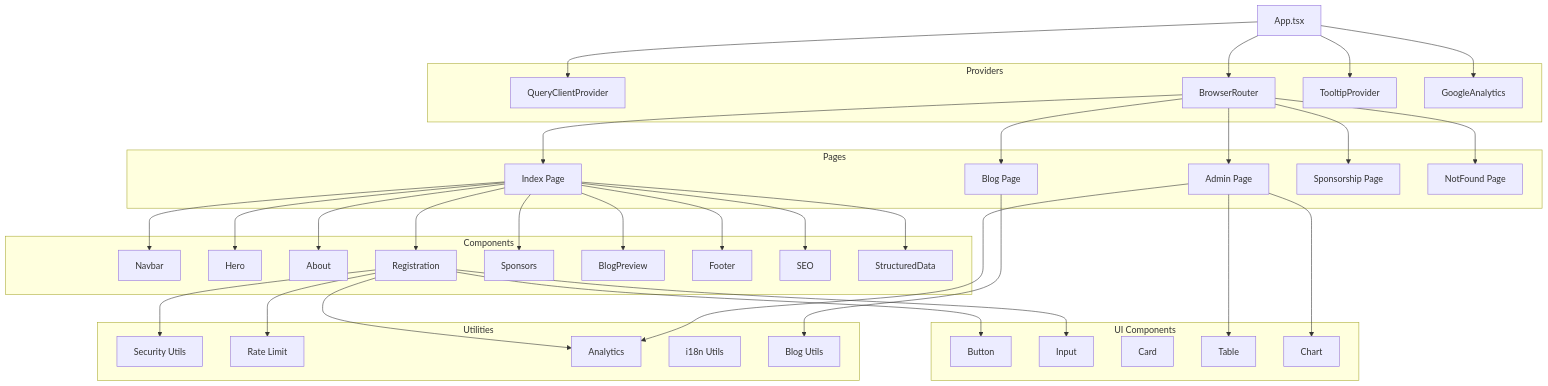
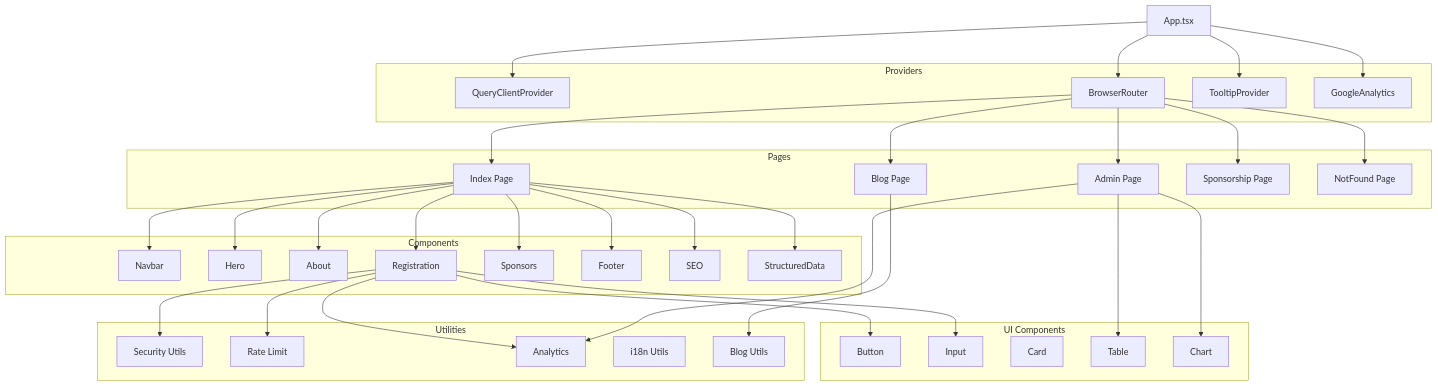
One commit to katekuehl/jengahacks changed the second of 27 diagrams in ARCHITECTURE.md. Above: the diagram before and after it, drawn with Mermaid. The commit also changed other lines of this file, not shown here.

Commit message:
Remove BlogPreview references from architecture documentation

````diff
--- a/ARCHITECTURE.md
+++ b/ARCHITECTURE.md
@@ -77,79 +77,77 @@
 ```mermaid
 graph TD
     App[App.tsx]
     
     subgraph "Providers"
         QueryClient[QueryClientProvider]
         Router[BrowserRouter]
         Tooltip[TooltipProvider]
         Analytics[GoogleAnalytics]
     end
     
     subgraph "Pages"
         Index[Index Page]
         Blog[Blog Page]
         Admin[Admin Page]
         Sponsorship[Sponsorship Page]
         NotFound[NotFound Page]
     end
     
     subgraph "Components"
         Navbar[Navbar]
         Hero[Hero]
         About[About]
         Registration[Registration]
         Sponsors[Sponsors]
-        BlogPreview[BlogPreview]
         Footer[Footer]
         SEO[SEO]
         StructuredData[StructuredData]
     end
     
     subgraph "UI Components"
         Button[Button]
         Input[Input]
         Card[Card]
         Table[Table]
         Chart[Chart]
     end
     
     subgraph "Utilities"
         Security[Security Utils]
         RateLimit[Rate Limit]
         AnalyticsLib[Analytics]
         I18n[i18n Utils]
         BlogLib[Blog Utils]
     end
     
     App --> QueryClient
     App --> Router
     App --> Tooltip
     App --> Analytics
     
     Router --> Index
     Router --> Blog
     Router --> Admin
     Router --> Sponsorship
     Router --> NotFound
     
     Index --> Navbar
     Index --> Hero
     Index --> About
     Index --> Registration
     Index --> Sponsors
-    Index --> BlogPreview
     Index --> Footer
     Index --> SEO
     Index --> StructuredData
     
     Registration --> Security
     Registration --> RateLimit
     Registration --> AnalyticsLib
     Admin --> AnalyticsLib
     Blog --> BlogLib
     
     Registration --> Button
     Registration --> Input
     Admin --> Table
     Admin --> Chart
 ```
````
